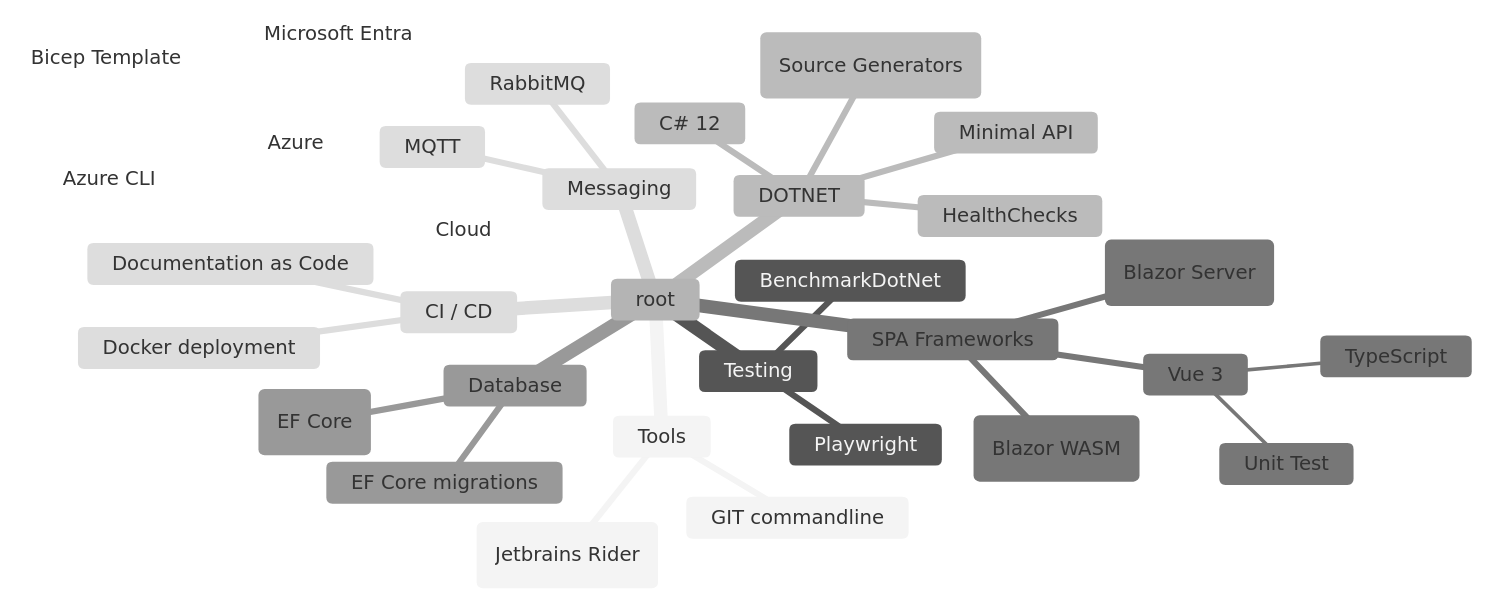
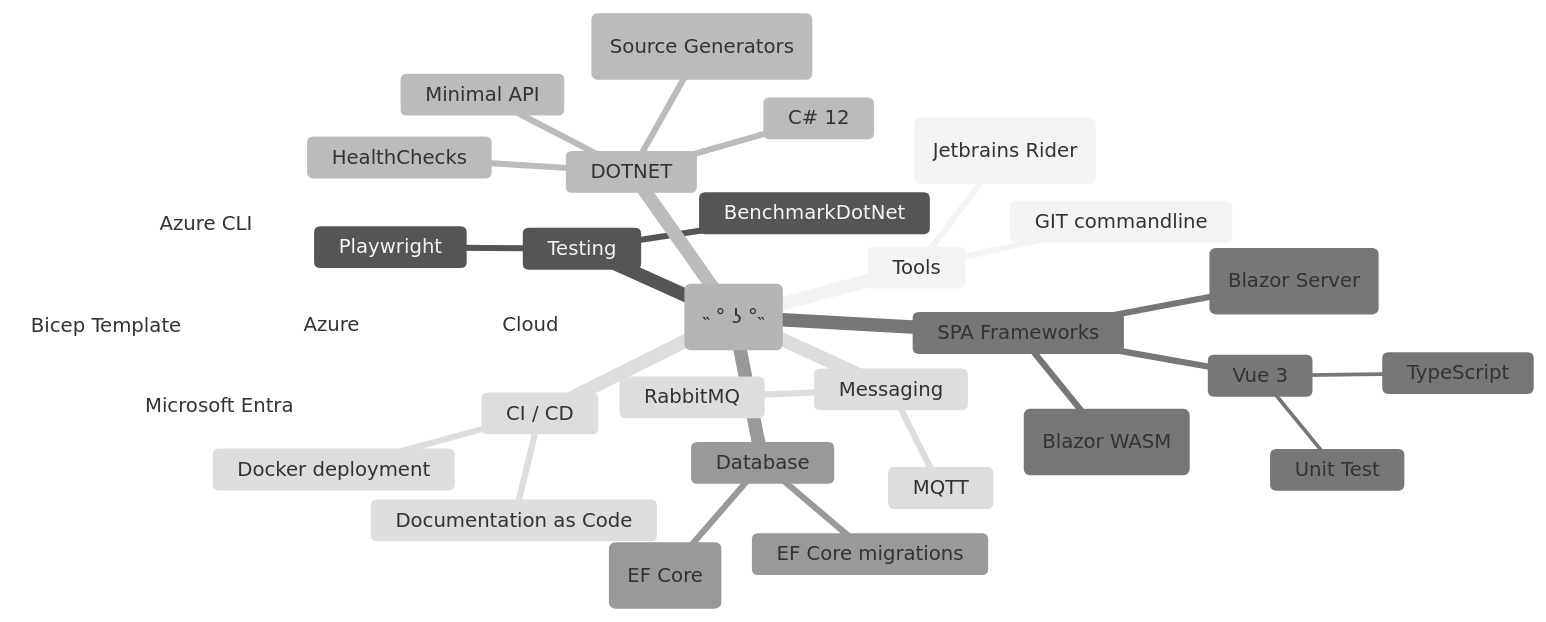
One commit to renevdhoek/renevdhoek changed the second of 3 diagrams in README.md. Above: the diagram before and after it, drawn with Mermaid (neutral theme). The commit also changed other lines of this file, not shown here.

````diff
--- a/README.md
+++ b/README.md
@@ -14,35 +14,35 @@
 ```mermaid
 mindmap
-  root    
+  (˵ ° ʖ °˵)    
     Tools      
         GIT commandline
         (Jetbrains Rider)
     Testing
       Playwright
       BenchmarkDotNet
     DOTNET
       C# 12
       HealthChecks
       (Source Generators)      
       Minimal API    
     SPA Frameworks
       Vue 3
         Unit Test
         TypeScript
       (Blazor Server)
       (Blazor WASM)
     Database
       EF Core migrations
       (EF Core)
     Messaging
       MQTT
       RabbitMQ
     Cloud
       Azure
         Microsoft Entra
         (Bicep Template)
         (Azure CLI)
     CI / CD
       Docker deployment
       Documentation as Code
 ```
````
